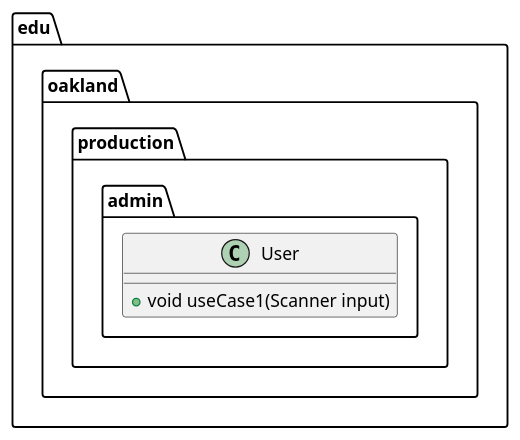
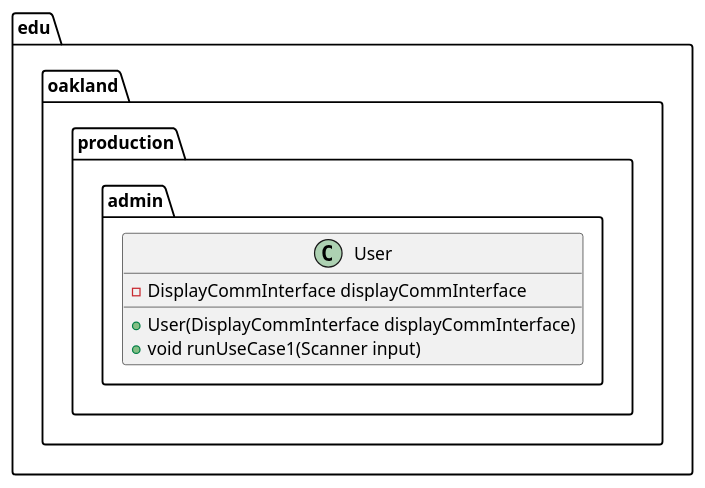
Before and after one commit to andrewdimmer/csi-3370-software-project: the diagram in docs/uml-class-diagrams/admin/production/User/User.puml, drawn with PlantUML. The commit also changed 7 other files, not shown here.

```diff
--- a/docs/uml-class-diagrams/admin/production/User/User.puml
+++ b/docs/uml-class-diagrams/admin/production/User/User.puml
@@ -1,9 +1,11 @@
 @startuml User
 
 package edu.oakland.production.admin {
     class User {
-        + void useCase1(Scanner input)
+        - DisplayCommInterface displayCommInterface
+        + User(DisplayCommInterface displayCommInterface)
+        + void runUseCase1(Scanner input)
     }
 }
 
 @enduml
```
